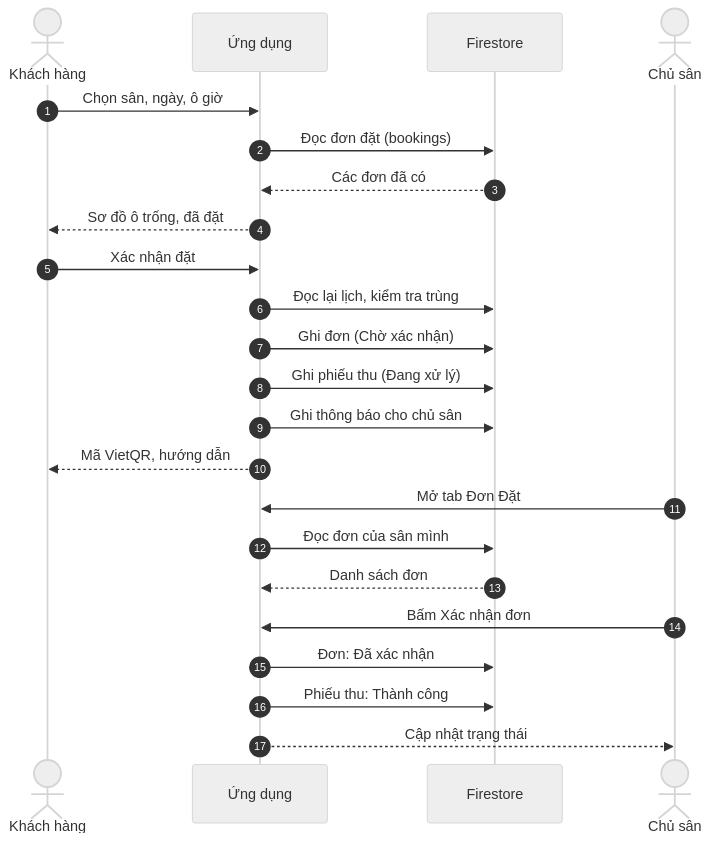
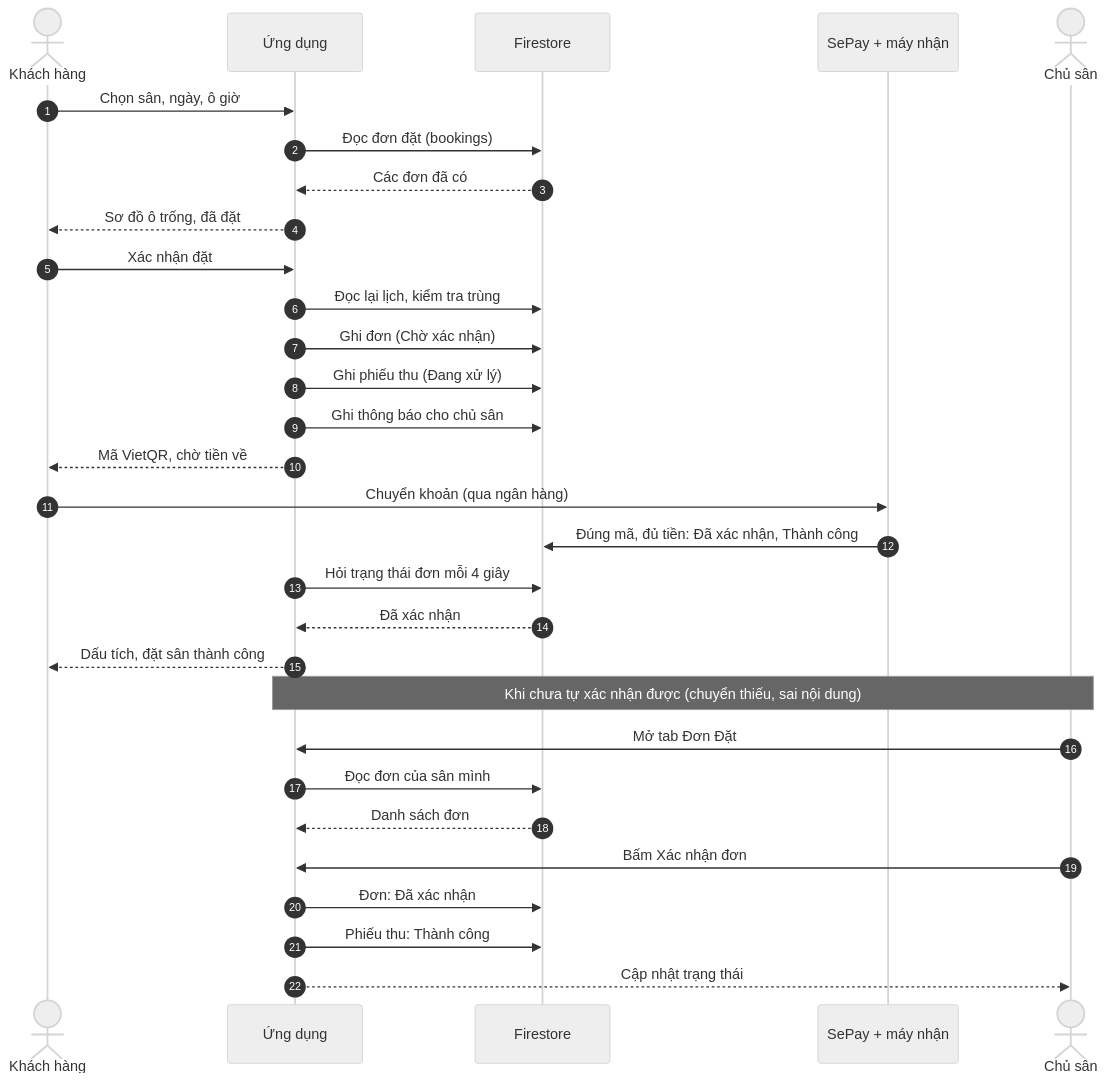
The diagram in docs/diagrams/nguon/tuan-tu-dat-san.mmd (dinhngochuy2909/DoAnTotNghiep), drawn with Mermaid (neutral theme) before and after one commit. The commit also changed 13 other files, not shown here.

Commit message:
Update the documents and diagrams for SePay payment confirmation

```diff
--- a/docs/diagrams/nguon/tuan-tu-dat-san.mmd
+++ b/docs/diagrams/nguon/tuan-tu-dat-san.mmd
@@ -1,23 +1,30 @@
 sequenceDiagram
   autonumber
   actor KH as Khách hàng
   participant APP as Ứng dụng
   participant FS as Firestore
+  participant SP as SePay + máy nhận
   actor CS as Chủ sân
   KH->>APP: Chọn sân, ngày, ô giờ
   APP->>FS: Đọc đơn đặt (bookings)
   FS-->>APP: Các đơn đã có
   APP-->>KH: Sơ đồ ô trống, đã đặt
   KH->>APP: Xác nhận đặt
   APP->>FS: Đọc lại lịch, kiểm tra trùng
   APP->>FS: Ghi đơn (Chờ xác nhận)
   APP->>FS: Ghi phiếu thu (Đang xử lý)
   APP->>FS: Ghi thông báo cho chủ sân
-  APP-->>KH: Mã VietQR, hướng dẫn
+  APP-->>KH: Mã VietQR, chờ tiền về
+  KH->>SP: Chuyển khoản (qua ngân hàng)
+  SP->>FS: Đúng mã, đủ tiền: Đã xác nhận, Thành công
+  APP->>FS: Hỏi trạng thái đơn mỗi 4 giây
+  FS-->>APP: Đã xác nhận
+  APP-->>KH: Dấu tích, đặt sân thành công
+  Note over CS,APP: Khi chưa tự xác nhận được (chuyển thiếu, sai nội dung)
   CS->>APP: Mở tab Đơn Đặt
   APP->>FS: Đọc đơn của sân mình
   FS-->>APP: Danh sách đơn
   CS->>APP: Bấm Xác nhận đơn
   APP->>FS: Đơn: Đã xác nhận
   APP->>FS: Phiếu thu: Thành công
   APP-->>CS: Cập nhật trạng thái
```
